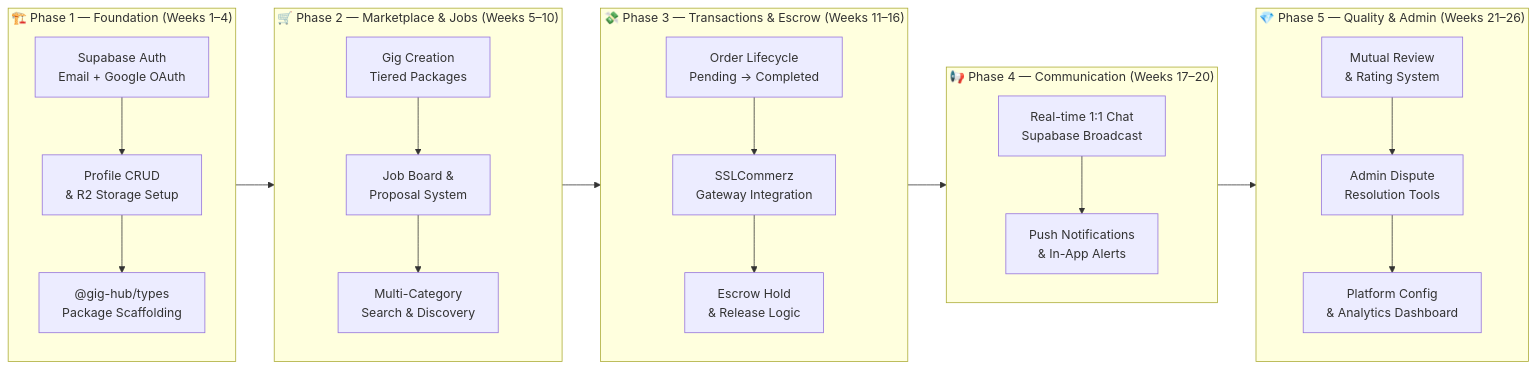
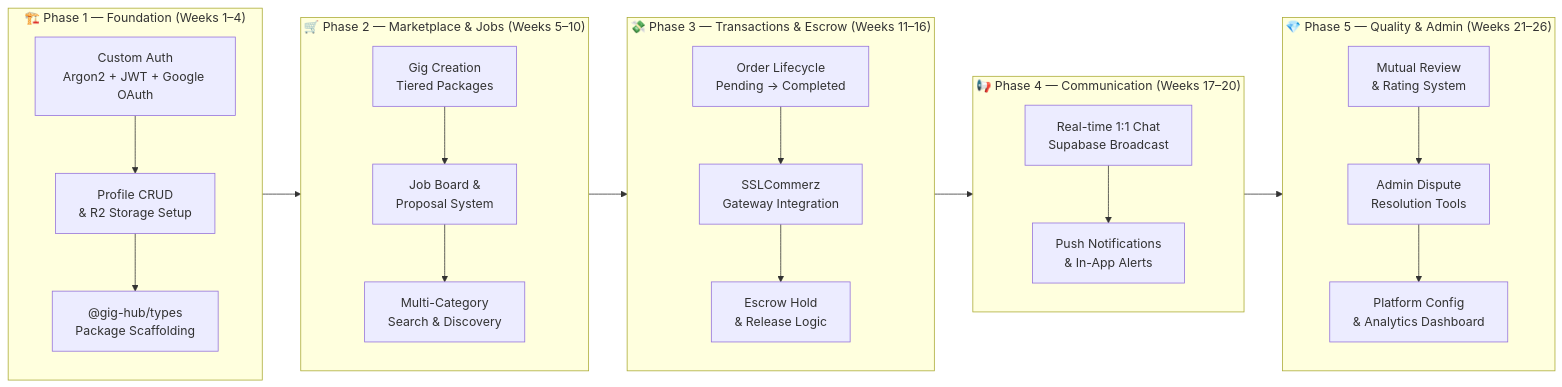
Before and after one commit to ahsanulhoqueabir/GigHub: the seventh of 7 diagrams in readme.md, drawn with Mermaid. The commit also changed other lines of this file, not shown here.

````diff
--- a/readme.md
+++ b/readme.md
@@ -601,49 +622,49 @@
 ```mermaid
 graph LR
     %%═╡ Phase 1 ╞══════════════════════════════════════╡
     subgraph Phase1["🏗️ Phase 1 — Foundation (Weeks 1–4)"]
         direction TB
-        A1["Supabase Auth<br/>Email + Google OAuth"]
+        A1["Custom Auth<br/>Argon2 + JWT + Google OAuth"]
         A2["Profile CRUD<br/>& R2 Storage Setup"]
         A3["@gig-hub/types<br/>Package Scaffolding"]
         A1 --> A2 --> A3
     end
 
     %%═╡ Phase 2 ╞══════════════════════════════════════╡
     subgraph Phase2["🛒 Phase 2 — Marketplace & Jobs (Weeks 5–10)"]
         direction TB
         B1["Gig Creation<br/>Tiered Packages"]
         B2["Job Board &<br/>Proposal System"]
         B3["Multi-Category<br/>Search & Discovery"]
         B1 --> B2 --> B3
     end
 
     %%═╡ Phase 3 ╞══════════════════════════════════════╡
     subgraph Phase3["💸 Phase 3 — Transactions & Escrow (Weeks 11–16)"]
         direction TB
         C1["Order Lifecycle<br/>Pending → Completed"]
         C2["SSLCommerz<br/>Gateway Integration"]
         C3["Escrow Hold<br/>& Release Logic"]
         C1 --> C2 --> C3
     end
 
     %%═╡ Phase 4 ╞══════════════════════════════════════╡
     subgraph Phase4["📢 Phase 4 — Communication (Weeks 17–20)"]
         direction TB
         D1["Real-time 1:1 Chat<br/>Supabase Broadcast"]
         D2["Push Notifications<br/>& In-App Alerts"]
         D1 --> D2
     end
 
     %%═╡ Phase 5 ╞══════════════════════════════════════╡
     subgraph Phase5["💎 Phase 5 — Quality & Admin (Weeks 21–26)"]
         direction TB
         E1["Mutual Review<br/>& Rating System"]
         E2["Admin Dispute<br/>Resolution Tools"]
         E3["Platform Config<br/>& Analytics Dashboard"]
         E1 --> E2 --> E3
     end
 
     %%═╡ Cross-phase connections ╞══════════════════════╡
     Phase1 --> Phase2 --> Phase3 --> Phase4 --> Phase5
 ```
````
